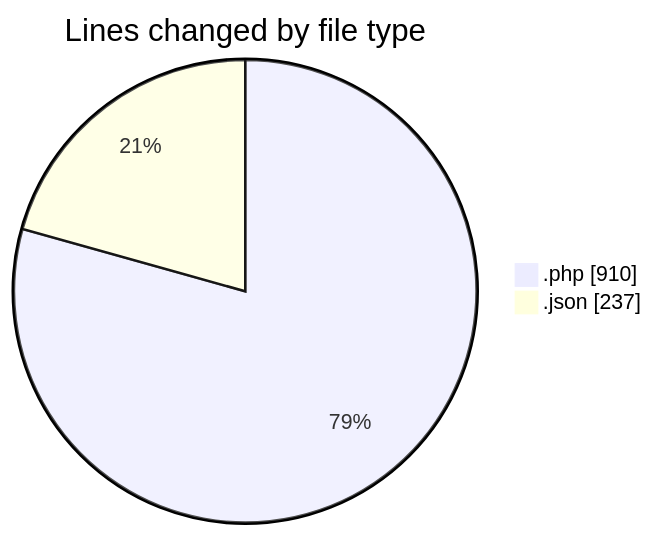
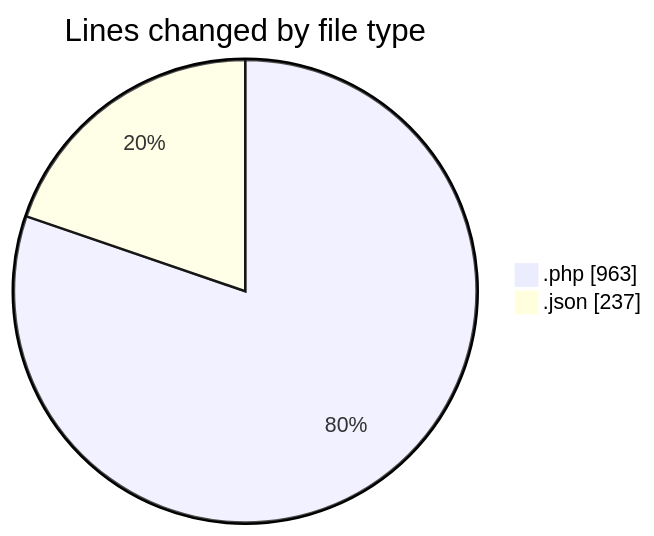
The first of 2 diagrams in 2025-06-13/studio-backend/README.md (idhammustaqopulfikri/code-tracking), drawn with Mermaid before and after one commit. The commit also changed other lines of this file and 1 other file, not shown here.

````diff
--- a/2025-06-13/studio-backend/README.md
+++ b/2025-06-13/studio-backend/README.md
@@ -29,6 +29,6 @@
 ```mermaid
 pie showData
 title Lines changed by file type
-".php" : 910
+".php" : 963
 ".json" : 237
 ```
````
